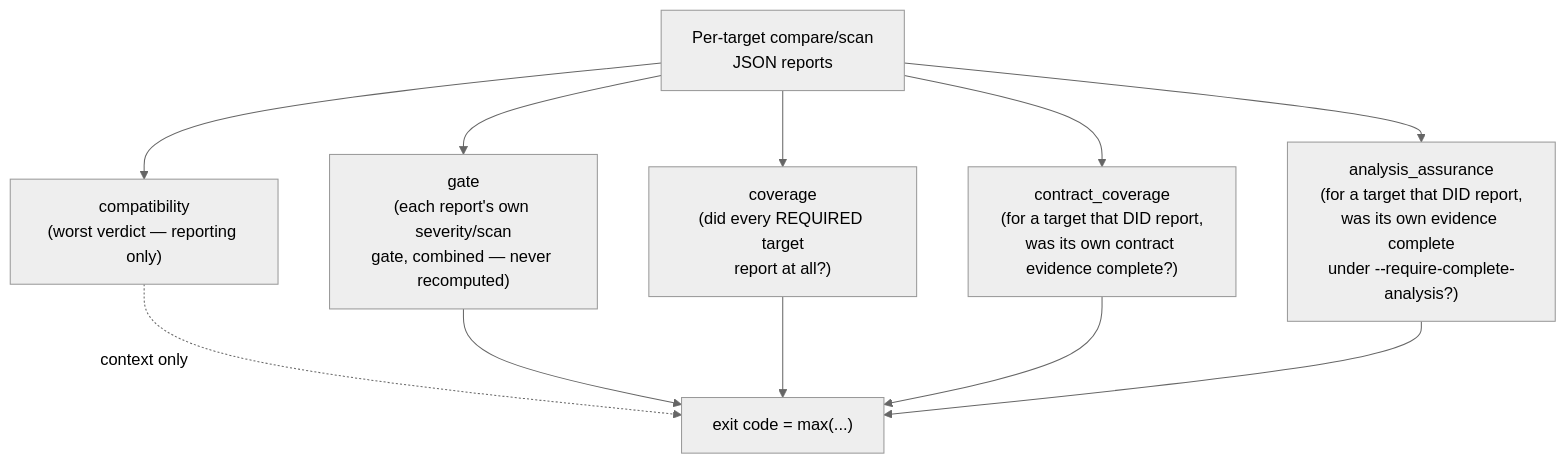
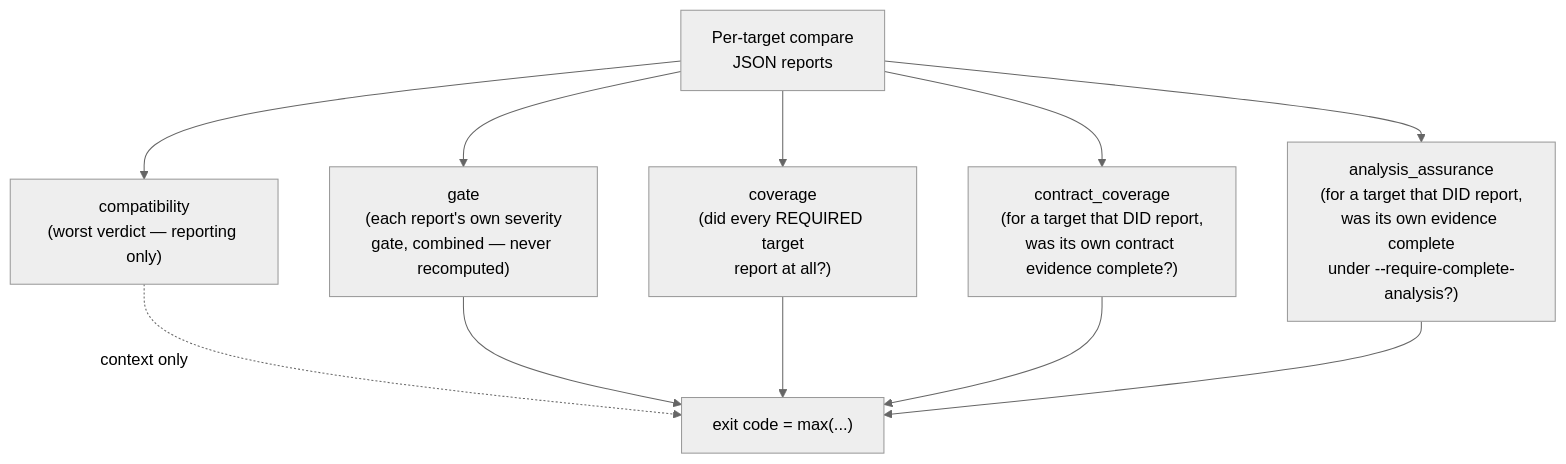
Before and after one commit to abicheck/abicheck: the diagram in docs/use/aggregate-reports.md, drawn with Mermaid (neutral theme). The commit also changed other lines of this file and 5 other files, not shown here.

````diff
--- a/docs/use/aggregate-reports.md
+++ b/docs/use/aggregate-reports.md
@@ -60,13 +60,13 @@
 ```mermaid
 flowchart TD
-    R["Per-target compare/scan<br/>JSON reports"] --> A["compatibility<br/>(worst verdict — reporting only)"]
-    R --> B["gate<br/>(each report's own severity/scan<br/>gate, combined — never recomputed)"]
+    R["Per-target compare<br/>JSON reports"] --> A["compatibility<br/>(worst verdict — reporting only)"]
+    R --> B["gate<br/>(each report's own severity<br/>gate, combined — never recomputed)"]
     R --> C["coverage<br/>(did every REQUIRED target<br/>report at all?)"]
     R --> D["contract_coverage<br/>(for a target that DID report,<br/>was its own contract evidence complete?)"]
     R --> F["analysis_assurance<br/>(for a target that DID report,<br/>was its own evidence complete<br/>under --require-complete-analysis?)"]
     A -.->|context only| E["exit code = max(...)"]
     B --> E
     C --> E
     D --> E
     F --> E
 ```
````
